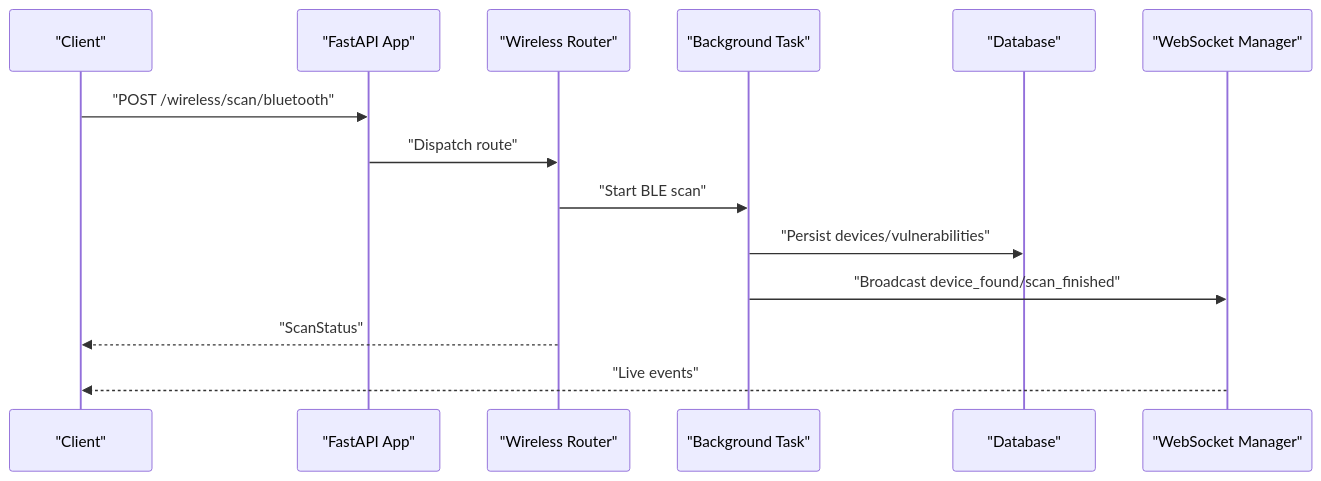
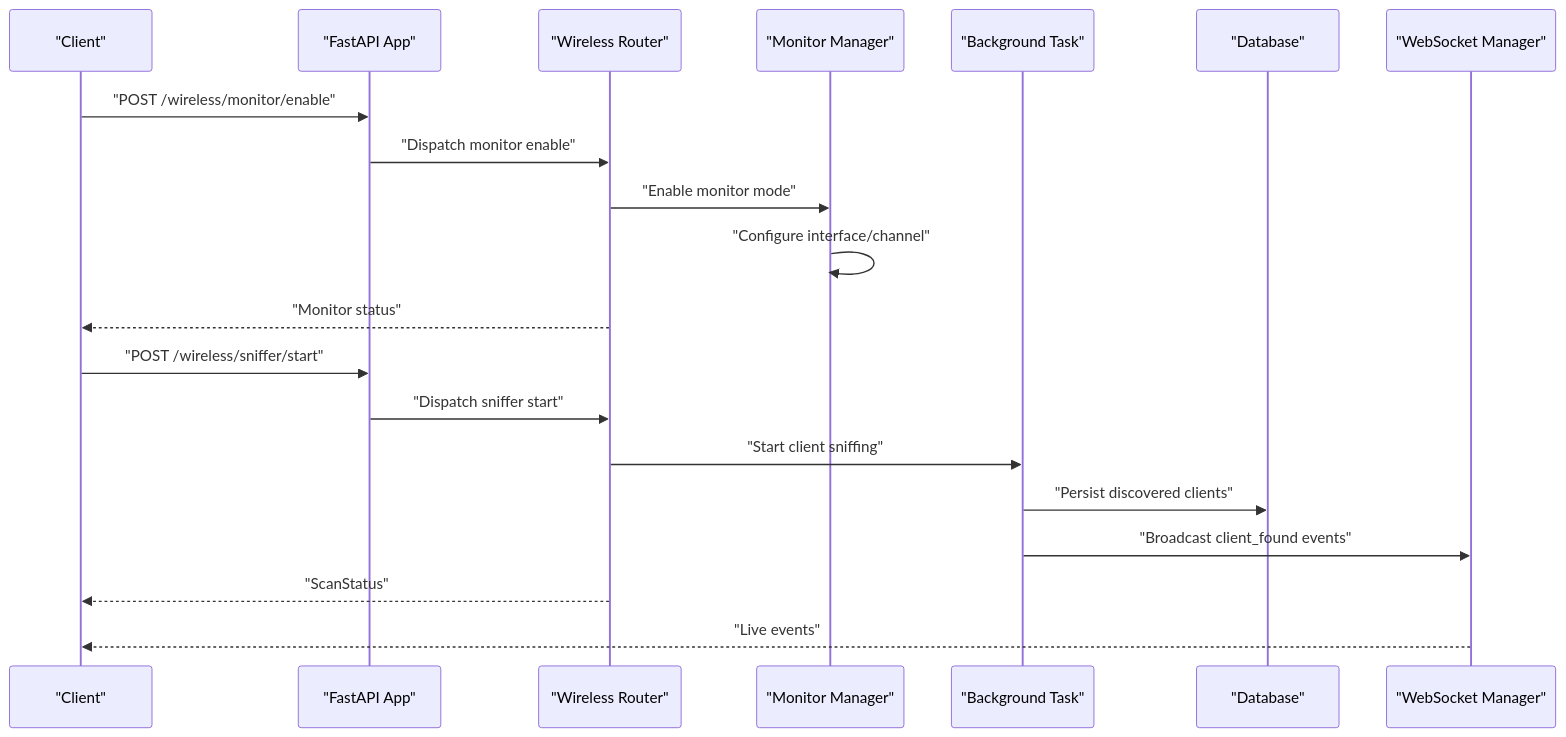
The second of 8 diagrams in .qoder/repowiki/en/content/API Reference/WiFi & Bluetooth API.md (MohandWaleed3/PentexOne), drawn with Mermaid before and after one commit. The commit also changed other lines of this file and 5 other files, not shown here.

````diff
--- a/.qoder/repowiki/en/content/API Reference/WiFi & Bluetooth API.md
+++ b/.qoder/repowiki/en/content/API Reference/WiFi & Bluetooth API.md
@@ -93,16 +117,22 @@
 ```mermaid
 sequenceDiagram
 participant C as "Client"
 participant A as "FastAPI App"
 participant R as "Wireless Router"
+participant M as "Monitor Manager"
 participant B as "Background Task"
 participant D as "Database"
 participant W as "WebSocket Manager"
-C->>A : "POST /wireless/scan/bluetooth"
-A->>R : "Dispatch route"
-R->>B : "Start BLE scan"
-B->>D : "Persist devices/vulnerabilities"
-B->>W : "Broadcast device_found/scan_finished"
+C->>A : "POST /wireless/monitor/enable"
+A->>R : "Dispatch monitor enable"
+R->>M : "Enable monitor mode"
+M->>M : "Configure interface/channel"
+R-->>C : "Monitor status"
+C->>A : "POST /wireless/sniffer/start"
+A->>R : "Dispatch sniffer start"
+R->>B : "Start client sniffing"
+B->>D : "Persist discovered clients"
+B->>W : "Broadcast client_found events"
 R-->>C : "ScanStatus"
 W-->>C : "Live events"
 ```
````
